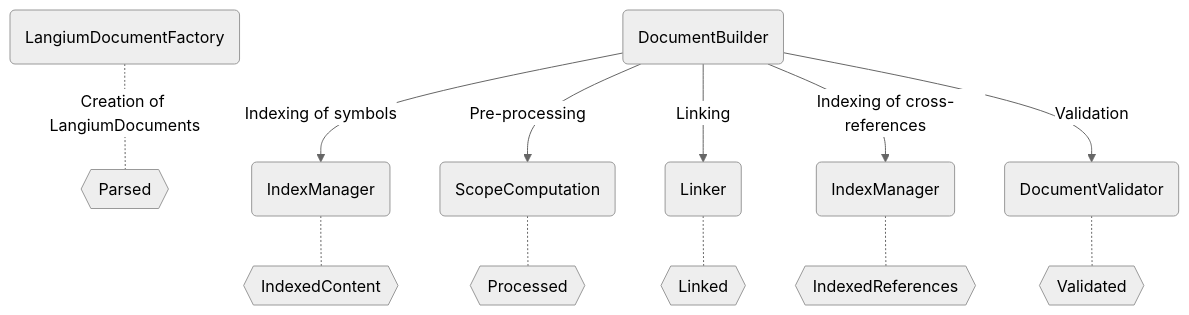
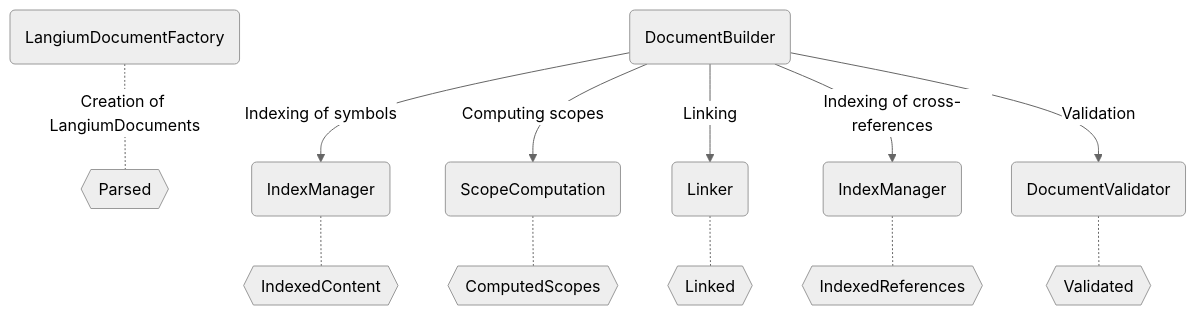
Before and after one commit to eclipse-langium/langium-website: the first of 7 diagrams in hugo/content/docs/document-lifecycle.md, drawn with Mermaid (neutral theme). The commit also changed other lines of this file, not shown here.

```diff
--- a/hugo/content/docs/document-lifecycle.md
+++ b/hugo/content/docs/document-lifecycle.md
@@ -21,17 +21,17 @@
 {{<mermaid>}}
 graph TD;
 N(LangiumDocumentFactory) -.-|Creation of LangiumDocuments| C{{Parsed}}
 
 A(DocumentBuilder) -->|Indexing of symbols| D(IndexManager) -.- E{{IndexedContent}}
-A -->|Pre-processing| F(ScopeComputation) -.- G{{Processed}}
+A -->|Computing scopes| F(ScopeComputation) -.- G{{ComputedScopes}}
 A -->|Linking| H(Linker) -.- I{{Linked}}
 A -->|Indexing of cross-references| J(IndexManager) -.- K{{IndexedReferences}} 
 A -->|Validation| L(DocumentValidator) -.- M{{Validated}}
 
 click N "./#creation-of-langiumdocuments"
 click D "./#indexing-of-symbols"
-click F "./#pre-processing"
+click F "./#computing-scopes"
 click H "./#linking"
 click J "./#indexing-of-cross-references"
 click L "./#validation"
 {{</mermaid>}}
```
